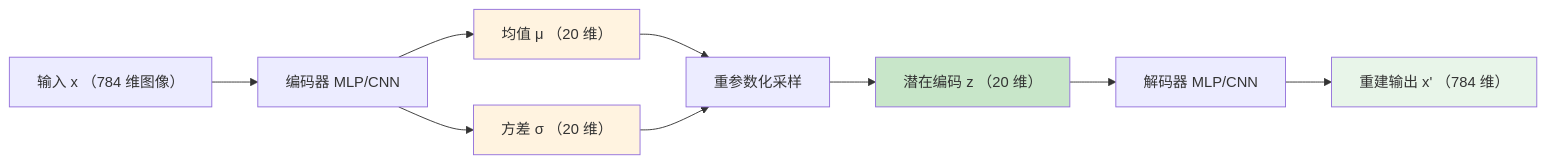
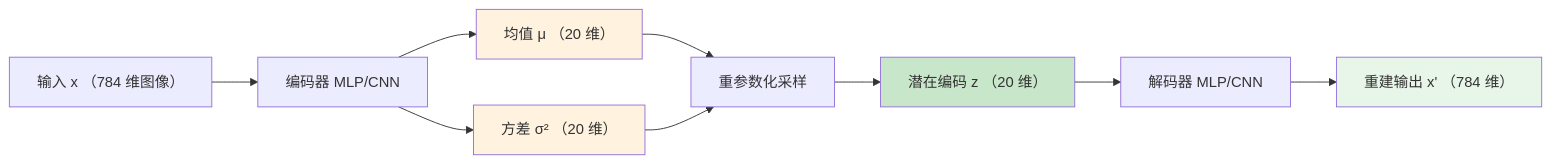
The fourth of 6 diagrams in docs/deep-learning/generative-models/vae.md (fenixsoft/dmla), drawn with Mermaid before and after one commit. The commit also changed 24 other files, not shown here.

````diff
--- a/docs/deep-learning/generative-models/vae.md
+++ b/docs/deep-learning/generative-models/vae.md
@@ -125,16 +125,16 @@
 ```mermaid compact
 graph LR
     A["输入 x （784 维图像）"] --> B["编码器 MLP/CNN"]
     B --> C["均值 μ （20 维）"]
-    B --> D["方差 σ （20 维）"]
+    B --> D["方差 σ² （20 维）"]
     C --> E["重参数化采样"]
     D --> E
     E --> F["潜在编码 z （20 维）"]
     F --> G["解码器 MLP/CNN"]
     G --> H["重建输出 x' （784 维）"]
     
     style C fill:#fff3e0
     style D fill:#fff3e0
     style F fill:#c8e6c9
     style H fill:#e8f5e9
 ```
````
